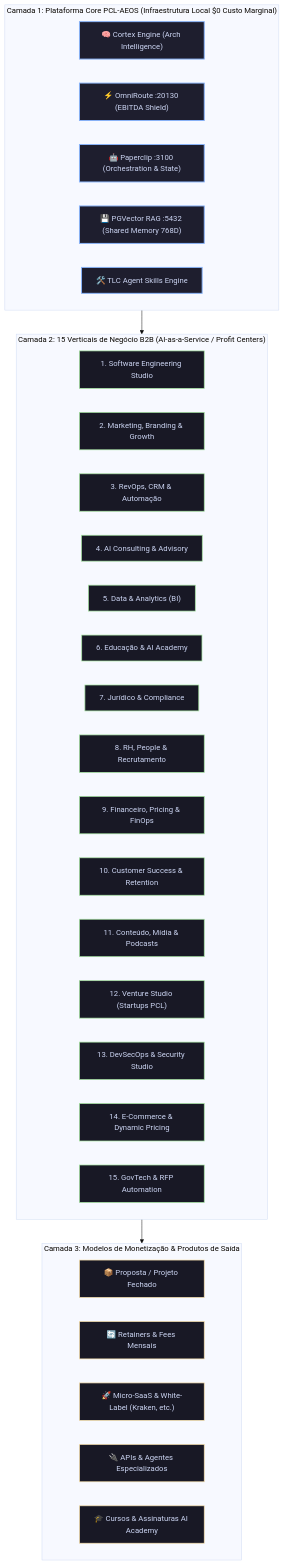
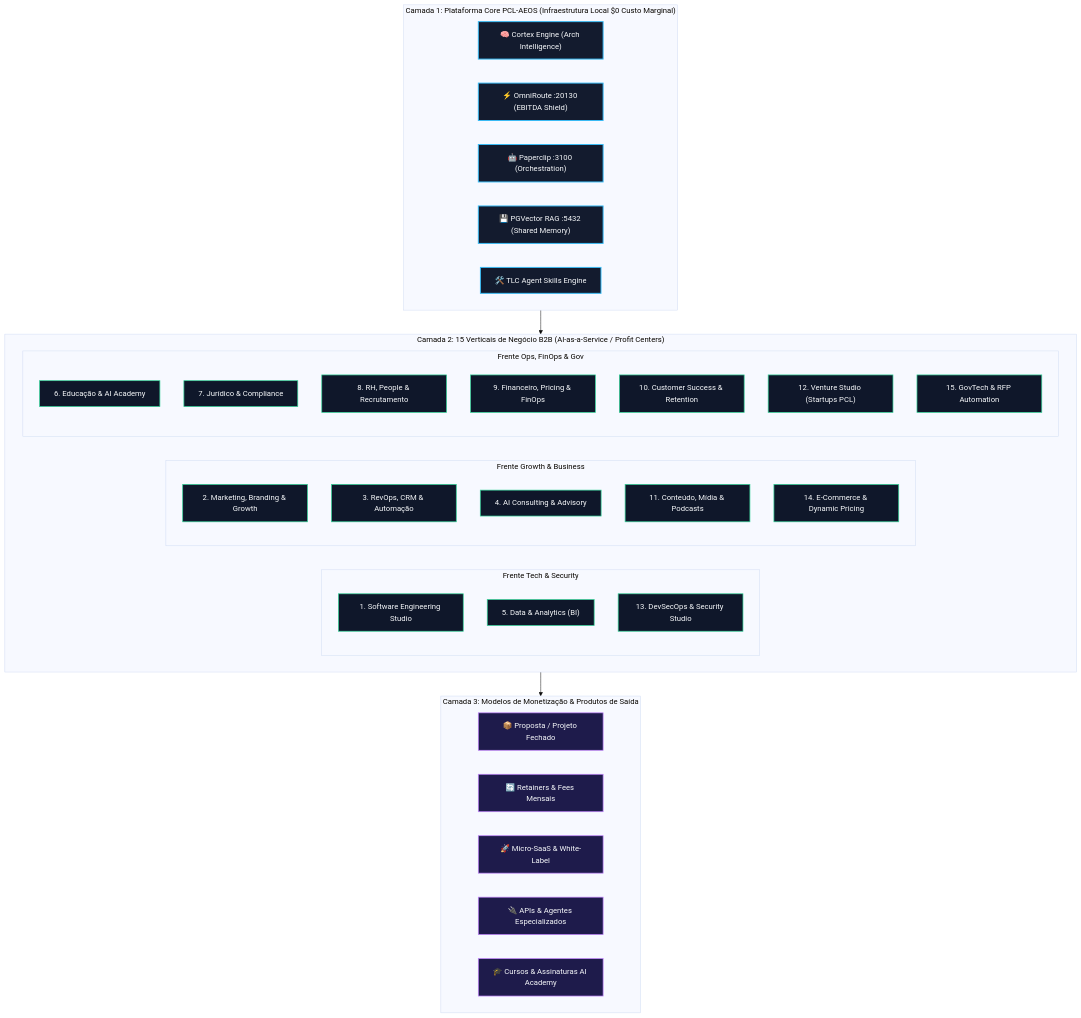
Before and after one commit to EnterDufter/PromptCoreLabs_AEOS: the diagram in governance/operating-model.md, drawn with Mermaid (base theme). The commit also changed 1 other file, not shown here.

Commit message:
fix(diagrams): reestrutura layout do diagrama Mermaid das 3 Camadas em subgrupos e estiliza CSS dos modais para alta legibilidade de fontes

````diff
--- a/governance/operating-model.md
+++ b/governance/operating-model.md
@@ -108,43 +108,51 @@
 ```mermaid
 graph TD
-    classDef platform fill:#1e1e2e,stroke:#89b4fa,stroke-width:2px,color:#cdd6f4;
-    classDef verticals fill:#181825,stroke:#a6e3a1,stroke-width:1.5px,color:#cdd6f4;
-    classDef products fill:#181825,stroke:#f9e2af,stroke-width:1.5px,color:#cdd6f4;
+    classDef platform fill:#131b2e,stroke:#38bdf8,stroke-width:2px,color:#f8fafc;
+    classDef verticals fill:#0f172a,stroke:#34d399,stroke-width:1.5px,color:#f8fafc;
+    classDef products fill:#1e1b4b,stroke:#c084fc,stroke-width:1.5px,color:#f8fafc;
 
     subgraph Layer1["Camada 1: Plataforma Core PCL-AEOS (Infraestrutura Local $0 Custo Marginal)"]
+        direction LR
         Cortex["🧠 Cortex Engine (Arch Intelligence)"]:::platform
         OmniRoute["⚡ OmniRoute :20130 (EBITDA Shield)"]:::platform
-        Paperclip["🤖 Paperclip :3100 (Orchestration & State)"]:::platform
-        RAG["💾 PGVector RAG :5432 (Shared Memory 768D)"]:::platform
+        Paperclip["🤖 Paperclip :3100 (Orchestration)"]:::platform
+        RAG["💾 PGVector RAG :5432 (Shared Memory)"]:::platform
         TLCSkills["🛠️ TLC Agent Skills Engine"]:::platform
     end
 
     subgraph Layer2["Camada 2: 15 Verticais de Negócio B2B (AI-as-a-Service / Profit Centers)"]
-        V1["1. Software Engineering Studio"]:::verticals
-        V2["2. Marketing, Branding & Growth"]:::verticals
-        V3["3. RevOps, CRM & Automação"]:::verticals
-        V4["4. AI Consulting & Advisory"]:::verticals
-        V5["5. Data & Analytics (BI)"]:::verticals
-        V6["6. Educação & AI Academy"]:::verticals
-        V7["7. Jurídico & Compliance"]:::verticals
-        V8["8. RH, People & Recrutamento"]:::verticals
-        V9["9. Financeiro, Pricing & FinOps"]:::verticals
-        V10["10. Customer Success & Retention"]:::verticals
-        V11["11. Conteúdo, Mídia & Podcasts"]:::verticals
-        V12["12. Venture Studio (Startups PCL)"]:::verticals
-        V13["13. DevSecOps & Security Studio"]:::verticals
-        V14["14. E-Commerce & Dynamic Pricing"]:::verticals
-        V15["15. GovTech & RFP Automation"]:::verticals
+        subgraph GroupTech["Frente Tech & Security"]
+            V1["1. Software Engineering Studio"]:::verticals
+            V5["5. Data & Analytics (BI)"]:::verticals
+            V13["13. DevSecOps & Security Studio"]:::verticals
+        end
+        subgraph GroupBiz["Frente Growth & Business"]
+            V2["2. Marketing, Branding & Growth"]:::verticals
+            V3["3. RevOps, CRM & Automação"]:::verticals
+            V4["4. AI Consulting & Advisory"]:::verticals
+            V11["11. Conteúdo, Mídia & Podcasts"]:::verticals
+            V14["14. E-Commerce & Dynamic Pricing"]:::verticals
+        end
+        subgraph GroupOps["Frente Ops, FinOps & Gov"]
+            V6["6. Educação & AI Academy"]:::verticals
+            V7["7. Jurídico & Compliance"]:::verticals
+            V8["8. RH, People & Recrutamento"]:::verticals
+            V9["9. Financeiro, Pricing & FinOps"]:::verticals
+            V10["10. Customer Success & Retention"]:::verticals
+            V12["12. Venture Studio (Startups PCL)"]:::verticals
+            V15["15. GovTech & RFP Automation"]:::verticals
+        end
     end
 
     subgraph Layer3["Camada 3: Modelos de Monetização & Produtos de Saída"]
+        direction LR
         P1["📦 Proposta / Projeto Fechado"]:::products
         P2["🔄 Retainers & Fees Mensais"]:::products
-        P3["🚀 Micro-SaaS & White-Label (Kraken, etc.)"]:::products
+        P3["🚀 Micro-SaaS & White-Label"]:::products
         P4["🔌 APIs & Agentes Especializados"]:::products
         P5["🎓 Cursos & Assinaturas AI Academy"]:::products
     end
 
     Layer1 --> Layer2
     Layer2 --> Layer3
 ```
````
